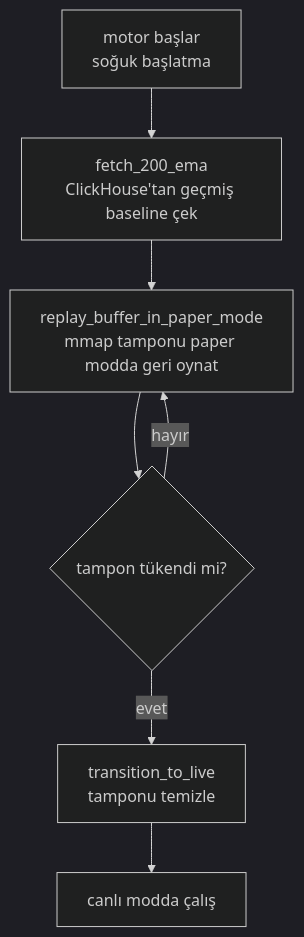
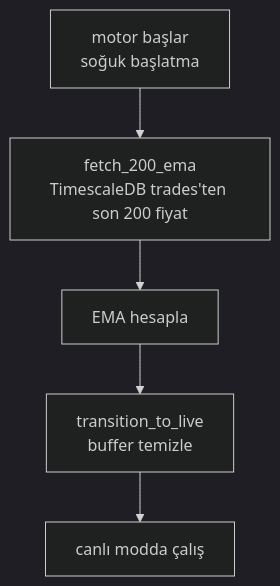
Before and after one commit to Quant-Trade-Lab-Community/cycle_finance_bot: the first of 6 diagrams in docs/DATA_ENGINE_KAYNAK_KODU.md, drawn with Mermaid (dark theme). The commit also changed other lines of this file and 165 other files, not shown here.

Commit message:
docs: remove deleted services' code dumps and update architecture (Bölüm 3, 2, 1); update Cargo.toml workspace; update mermaid flowcharts; remove SQLite refs

````diff
--- a/docs/DATA_ENGINE_KAYNAK_KODU.md
+++ b/docs/DATA_ENGINE_KAYNAK_KODU.md
@@ -70,9 +65,7 @@
 ```mermaid
 flowchart TD
-    A["motor başlar<br>soğuk başlatma"] --> B["fetch_200_ema<br>ClickHouse'tan geçmiş baseline çek"]
-    B --> C["replay_buffer_in_paper_mode<br>mmap tamponu paper modda geri oynat"]
-    C --> D{"tampon tükendi mi?"}
-    D -->|"hayır"| C
-    D -->|"evet"| E["transition_to_live<br>tamponu temizle"]
-    E --> F["canlı modda çalış"]
+    A["motor başlar<br>soğuk başlatma"] --> B["fetch_200_ema<br>TimescaleDB trades'ten son 200 fiyat"]
+    B --> C["EMA hesapla"]
+    C --> D["transition_to_live<br>buffer temizle"]
+    D --> E["canlı modda çalış"]
 ```
````
